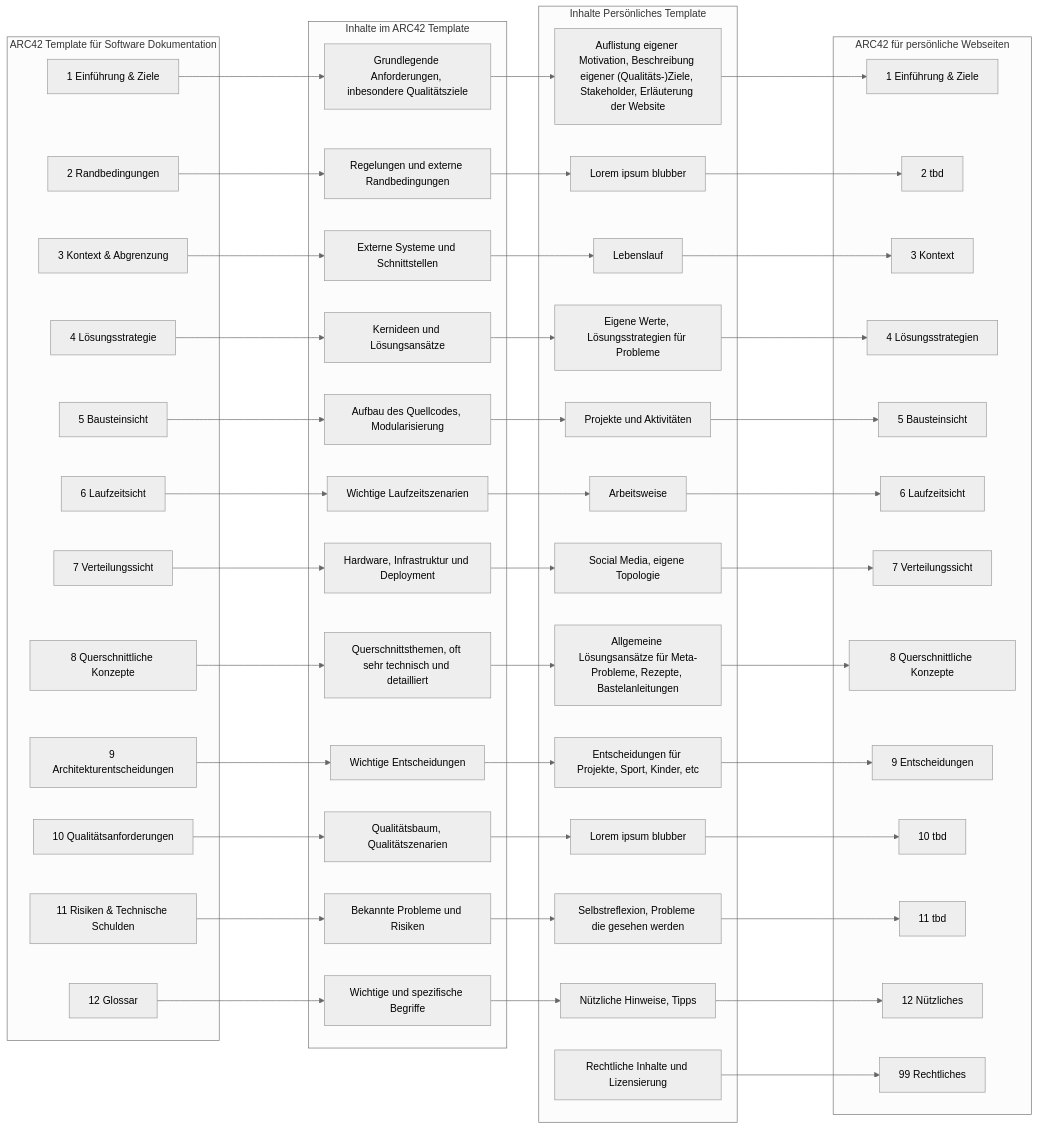
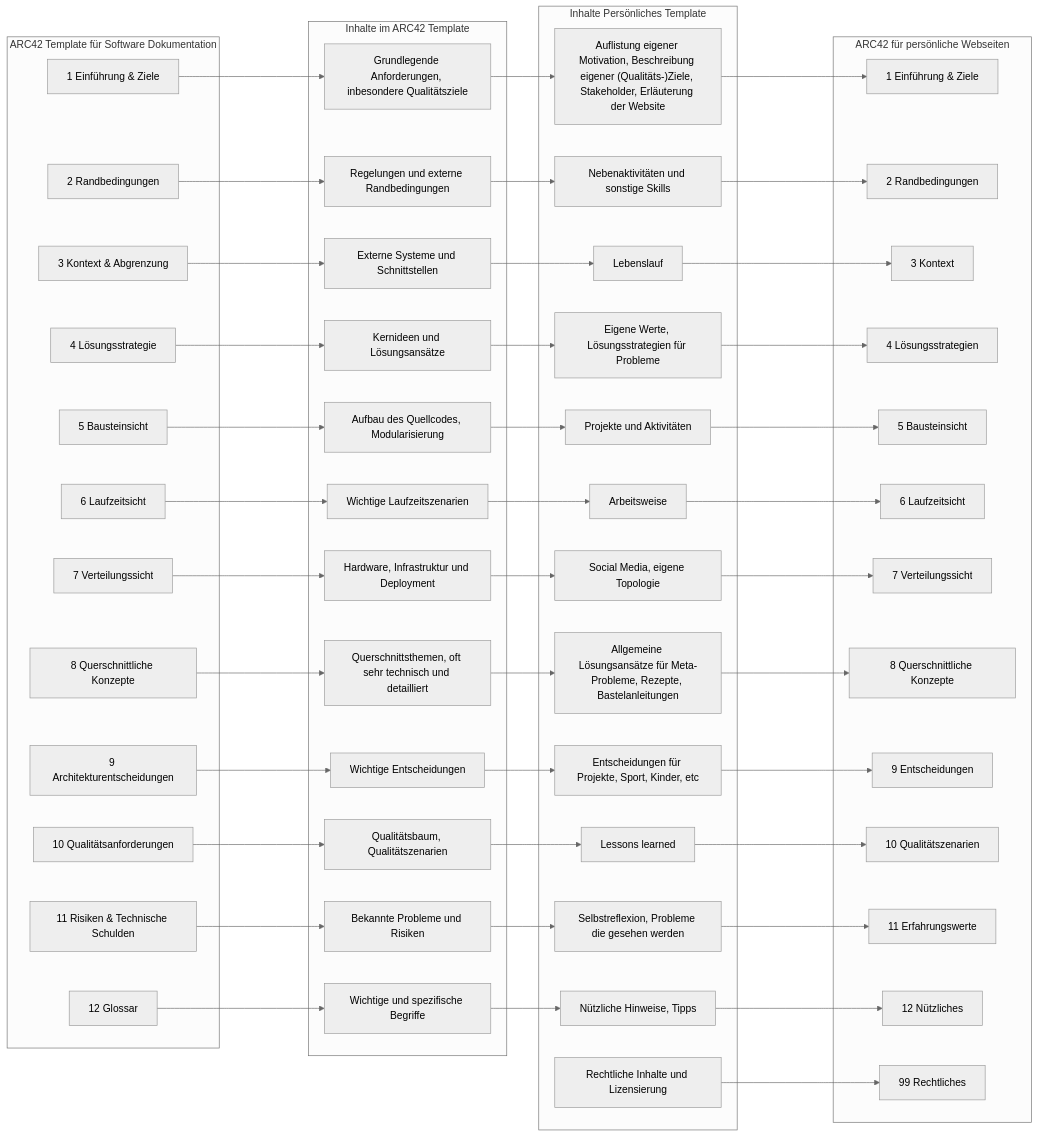
The diagram in docs/einfuehrung/mapping.md (md42/arc42-website), drawn with Mermaid (neutral theme) before and after one commit.

Commit message:
Add last changes to arc42 mapping

````diff
--- a/docs/einfuehrung/mapping.md
+++ b/docs/einfuehrung/mapping.md
@@ -12,78 +12,78 @@
 ```mermaid
 flowchart LR
     subgraph arc42-software[ARC42 Template für Software Dokumentation]
         oGoals[1 Einführung & Ziele]
         oConstraints[2 Randbedingungen]
         oContext[3 Kontext & Abgrenzung]
         oSolution[4 Lösungsstrategie]
         oBlocks[5 Bausteinsicht]
         oRuntime[6 Laufzeitsicht]
         oDistribution[7 Verteilungssicht]
         oCross[8 Querschnittliche Konzepte]
         oArc[9 Architekturentscheidungen]
         oQA[10 Qualitätsanforderungen]
         oRisks[11 Risiken & Technische Schulden]
         oGlossar[12 Glossar]
     end
 
     subgraph oContent[Inhalte im ARC42 Template]
         ocGoals[Grundlegende Anforderungen, inbesondere Qualitätsziele]
         ocConstraints[Regelungen und externe Randbedingungen]
         ocContext[Externe Systeme und Schnittstellen]
         ocSolution[Kernideen und Lösungsansätze]
         ocBlocks[Aufbau des Quellcodes, Modularisierung]
         ocRuntime[Wichtige Laufzeitszenarien]
         ocDistribution[Hardware, Infrastruktur und Deployment]
         ocCross[Querschnittsthemen, oft sehr technisch und detailliert]
         ocArc[Wichtige Entscheidungen]
         ocQA[Qualitätsbaum, Qualitätszenarien]
         ocRisks[Bekannte Probleme und Risiken]
         ocGlossar[Wichtige und spezifische Begriffe]
     end
 
     subgraph nContent[Inhalte Persönliches Template]
         ncGoals["Auflistung eigener Motivation, Beschreibung eigener (Qualitäts-)Ziele, Stakeholder, Erläuterung der Website"]
-        ncConstraints[Lorem ipsum blubber]
+        ncConstraints[Nebenaktivitäten und sonstige Skills]
         ncContext[Lebenslauf]
         ncSolution[Eigene Werte, Lösungsstrategien für Probleme]
         ncBlocks[Projekte und Aktivitäten]
         ncRuntime[Arbeitsweise]
         ncDistribution[Social Media, eigene Topologie]
         ncCross[Allgemeine Lösungsansätze für Meta-Probleme, Rezepte, Bastelanleitungen]
         ncArc[Entscheidungen für Projekte, Sport, Kinder, etc]
-        ncQA[Lorem ipsum blubber]
+        ncQA[Lessons learned]
         ncRisks[Selbstreflexion, Probleme die gesehen werden]
         ncGlossar[Nützliche Hinweise, Tipps]
         ncLegal[Rechtliche Inhalte und Lizensierung]
     end
 
     subgraph arc42-personal[ARC42 für persönliche Webseiten]
         nGoals[1 Einführung & Ziele]
-        nConstraints[2 tbd]
+        nConstraints[2 Randbedingungen]
         nContext[3 Kontext]
         nSolution[4 Lösungsstrategien]
         nBlocks[5 Bausteinsicht]
         nRuntime[6 Laufzeitsicht]
         nDistribution[7 Verteilungssicht]
         nCross[8 Querschnittliche Konzepte]
         nArc[9 Entscheidungen]
-        nQA[10 tbd]
-        nRisks[11 tbd]
+        nQA[10 Qualitätszenarien]
+        nRisks[11 Erfahrungswerte]
         nGlossar[12 Nützliches]
         nLegal[99 Rechtliches]
     end
 
     oGoals ----> ocGoals --> ncGoals ----> nGoals
     oConstraints ----> ocConstraints --> ncConstraints ----> nConstraints
     oContext ----> ocContext --> ncContext ----> nContext
     oSolution ----> ocSolution --> ncSolution ----> nSolution
     oBlocks ----> ocBlocks --> ncBlocks ----> nBlocks
     oRuntime ----> ocRuntime --> ncRuntime ----> nRuntime
     oDistribution ----> ocDistribution --> ncDistribution ----> nDistribution
     oCross ----> ocCross --> ncCross ----> nCross
     oArc ----> ocArc --> ncArc ----> nArc
     oQA ----> ocQA --> ncQA ----> nQA
     oRisks ----> ocRisks --> ncRisks ----> nRisks
     oGlossar ----> ocGlossar --> ncGlossar ----> nGlossar
     ncLegal --> nLegal
 ```
````
